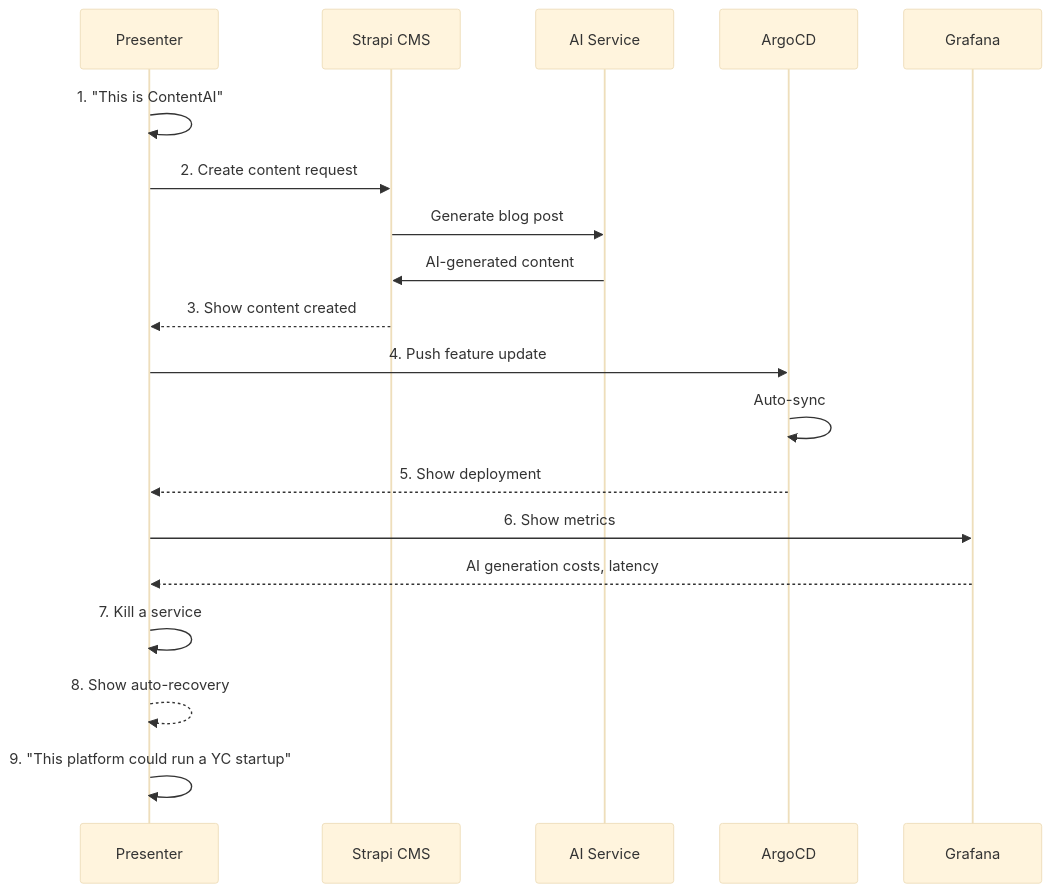
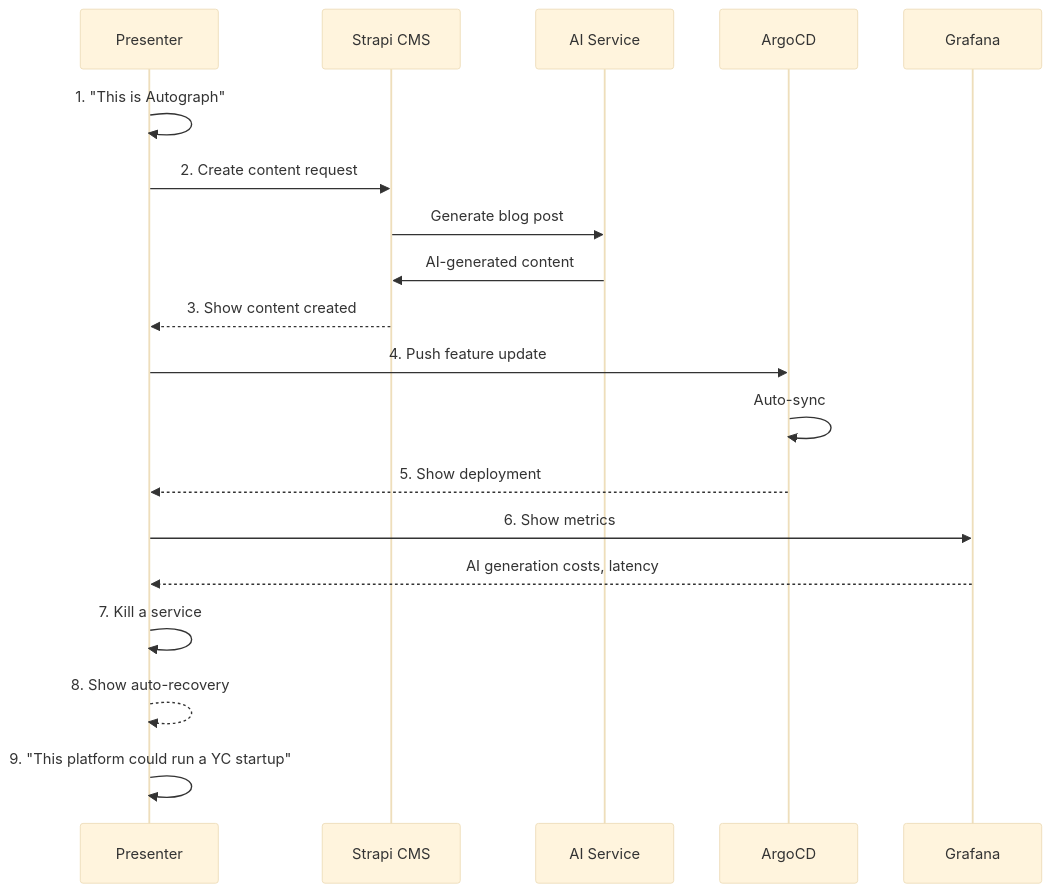
Before and after one commit to PearlThoughtsInternship/Internship-Obsidian-Vault: the third of 4 diagrams in DevOps/04-Internship/03-What-You-Build.md, drawn with Mermaid (base theme). The commit also changed other lines of this file and 8 other files, not shown here.

First line of the commit message:
rebrand: Complete ContentAI → Autograph rename across all docs

````diff
--- a/DevOps/04-Internship/03-What-You-Build.md
+++ b/DevOps/04-Internship/03-What-You-Build.md
@@ -266,27 +266,27 @@
 ```mermaid
 sequenceDiagram
     participant You as Presenter
     participant STRAPI as Strapi CMS
     participant AI as AI Service
     participant ARGO as ArgoCD
     participant GRAF as Grafana
 
-    You->>You: 1. "This is ContentAI"
+    You->>You: 1. "This is Autograph"
 
     You->>STRAPI: 2. Create content request
     STRAPI->>AI: Generate blog post
     AI->>STRAPI: AI-generated content
     STRAPI-->>You: 3. Show content created
 
     You->>ARGO: 4. Push feature update
     ARGO->>ARGO: Auto-sync
     ARGO-->>You: 5. Show deployment
 
     You->>GRAF: 6. Show metrics
     GRAF-->>You: AI generation costs, latency
 
     You->>You: 7. Kill a service
     You-->>You: 8. Show auto-recovery
 
     You->>You: 9. "This platform could run a YC startup"
 ```
````
